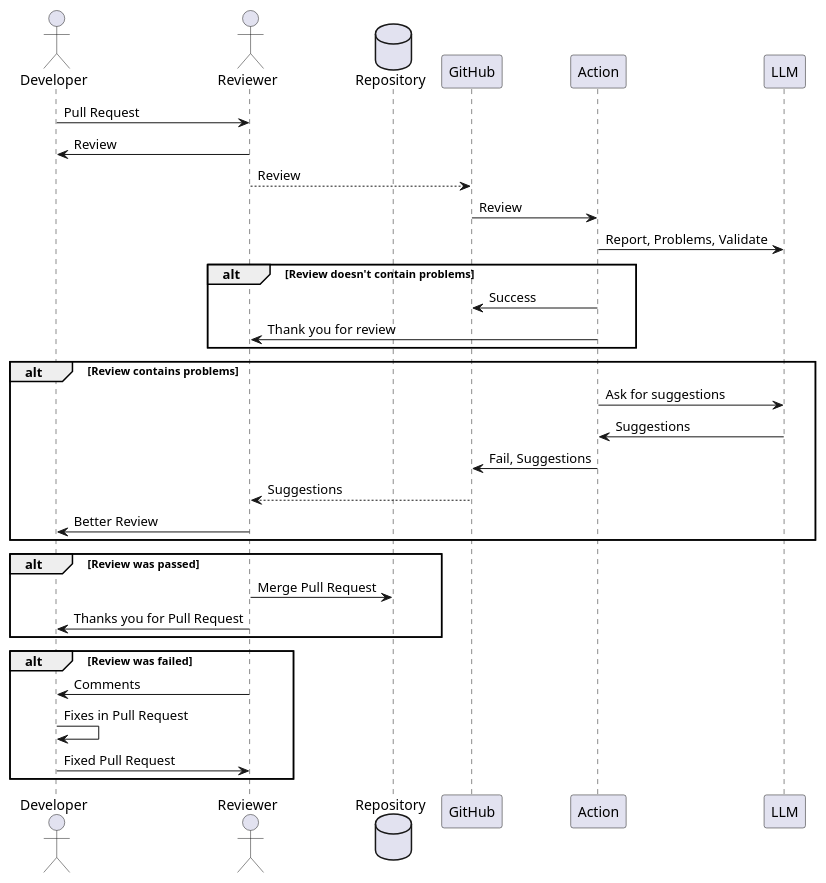
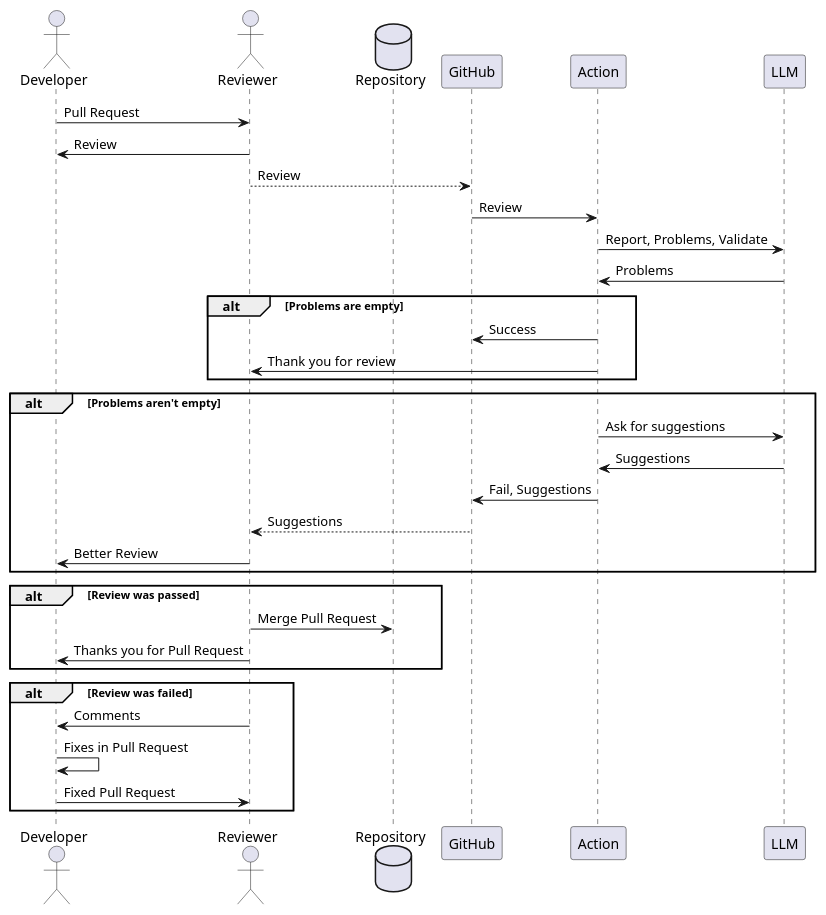
One commit to l3r8yJ/dc-presentation changed the diagram in doc/code-review-action.puml. Above: the diagram before and after it, drawn with PlantUML. The commit also changed 1 other file, not shown here.

Commit message:
chore: fix llm answer, add readme

```diff
--- a/doc/code-review-action.puml
+++ b/doc/code-review-action.puml
@@ -2,34 +2,35 @@
 @startuml
 actor Developer as developer
 actor Reviewer as reviewer
 database Repository as repository
 participant GitHub as github
 participant Action as action
 participant LLM as llm
 
 developer -> reviewer: Pull Request
 reviewer -> developer: Review
 reviewer --> github: Review
 github -> action: Review
 action -> llm: Report, Problems, Validate
-alt Review doesn't contain problems
+llm -> action: Problems
+alt Problems are empty
 action -> github: Success
 action -> reviewer: Thank you for review
 end
-alt Review contains problems
+alt Problems aren't empty
 action -> llm: Ask for suggestions
 llm -> action: Suggestions
 action -> github: Fail, Suggestions
 github --> reviewer: Suggestions
 reviewer -> developer: Better Review
 end
 alt Review was passed
 reviewer -> repository: Merge Pull Request
 reviewer -> developer: Thanks you for Pull Request
 end
 alt Review was failed
 reviewer -> developer: Comments
 developer -> developer: Fixes in Pull Request
 developer -> reviewer: Fixed Pull Request
 end
 @enduml
```
